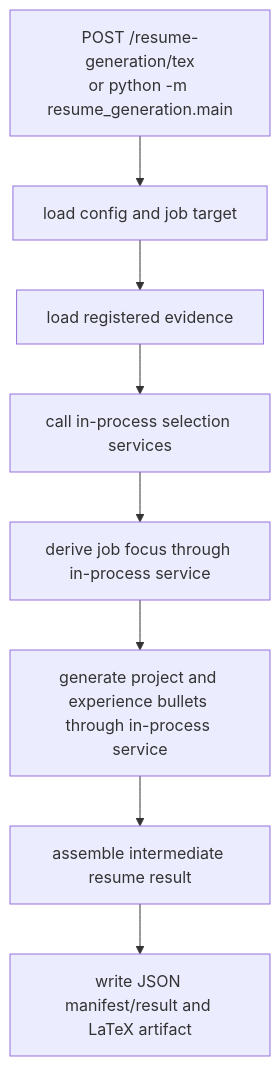
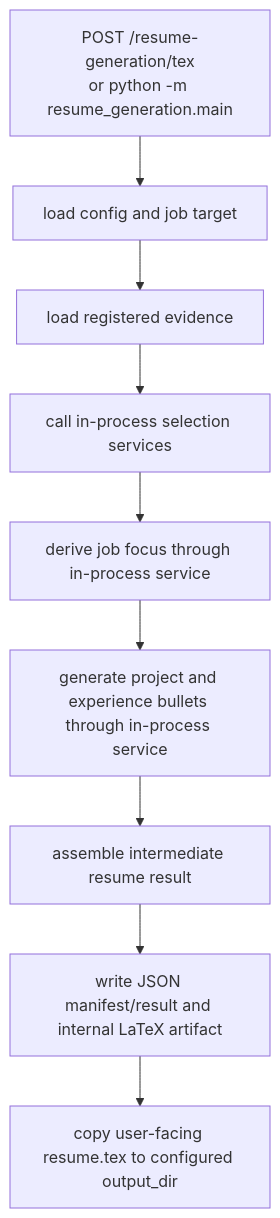
The fifth of 5 diagrams in docs/architecture-overview.md (namerror/ResumeCR7), drawn with Mermaid before and after one commit. The commit also changed other lines of this file and 18 other files, not shown here.

````diff
--- a/docs/architecture-overview.md
+++ b/docs/architecture-overview.md
@@ -209,10 +209,11 @@
 ```mermaid
 flowchart TD
     A[POST /resume-generation/tex<br>or python -m resume_generation.main] --> B[load config and job target]
     B --> C[load registered evidence]
     C --> D[call in-process selection services]
     D --> E[derive job focus through in-process service]
     E --> F[generate project and experience bullets through in-process service]
     F --> G[assemble intermediate resume result]
-    G --> H[write JSON manifest/result and LaTeX artifact]
+    G --> H[write JSON manifest/result and internal LaTeX artifact]
+    H --> I[copy user-facing resume.tex to configured output_dir]
 ```
````
